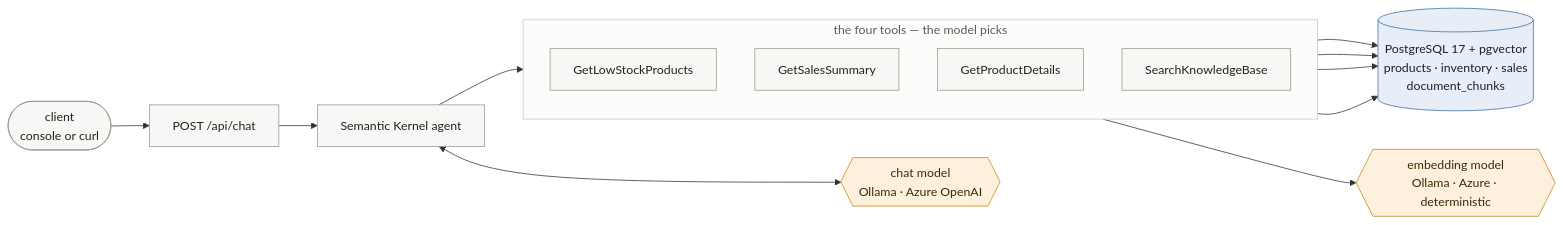
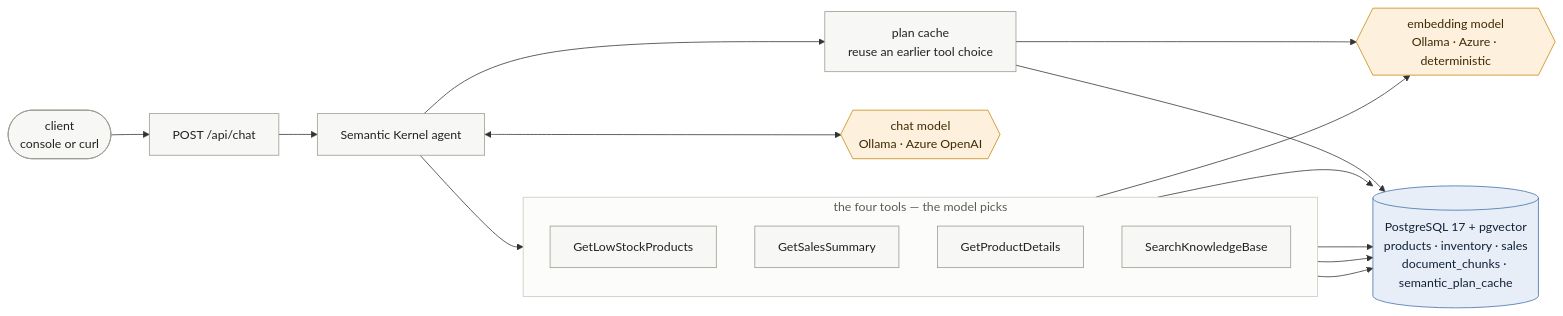
The second of 4 diagrams in README.md (mecemis/OperationsCopilot), drawn with Mermaid before and after one commit. The commit also changed other lines of this file and 38 other files, not shown here.

````diff
--- a/README.md
+++ b/README.md
@@ -106,35 +107,39 @@
 ```mermaid
 flowchart LR
     client([" client<br/>console or curl "])
     endpoint["POST /api/chat"]
     brain["Semantic Kernel agent"]
     chat{{"chat model<br/>Ollama · Azure OpenAI"}}
 
     subgraph tools["the four tools — the model picks"]
         direction TB
         low["GetLowStockProducts"]
         sales["GetSalesSummary"]
         prod["GetProductDetails"]
         kb["SearchKnowledgeBase"]
     end
 
+    plan["plan cache<br/>reuse an earlier tool choice"]
     embed{{"embedding model<br/>Ollama · Azure · deterministic"}}
-    db[("PostgreSQL 17 + pgvector<br/>products · inventory · sales<br/>document_chunks")]
+    db[("PostgreSQL 17 + pgvector<br/>products · inventory · sales<br/>document_chunks · semantic_plan_cache")]
 
     client --> endpoint --> brain
+    brain --> plan
+    plan --> embed
+    plan --> db
     brain <--> chat
     brain --> tools
     low --> db
     sales --> db
     prod --> db
     kb --> embed
     kb --> db
 
     classDef ext fill:#fdf1dd,stroke:#c8860d,stroke-width:1px,color:#3d2a05
     classDef store fill:#e7eef8,stroke:#3f6fa8,stroke-width:1px,color:#122135
     classDef node fill:#f7f7f5,stroke:#9a9a90,color:#22221e
     class chat,embed ext
     class db store
-    class client,endpoint,brain,low,sales,prod,kb node
+    class client,endpoint,brain,plan,low,sales,prod,kb node
     style tools fill:#fcfcfb,stroke:#c9c9c1,color:#5c5c55
 ```
````
